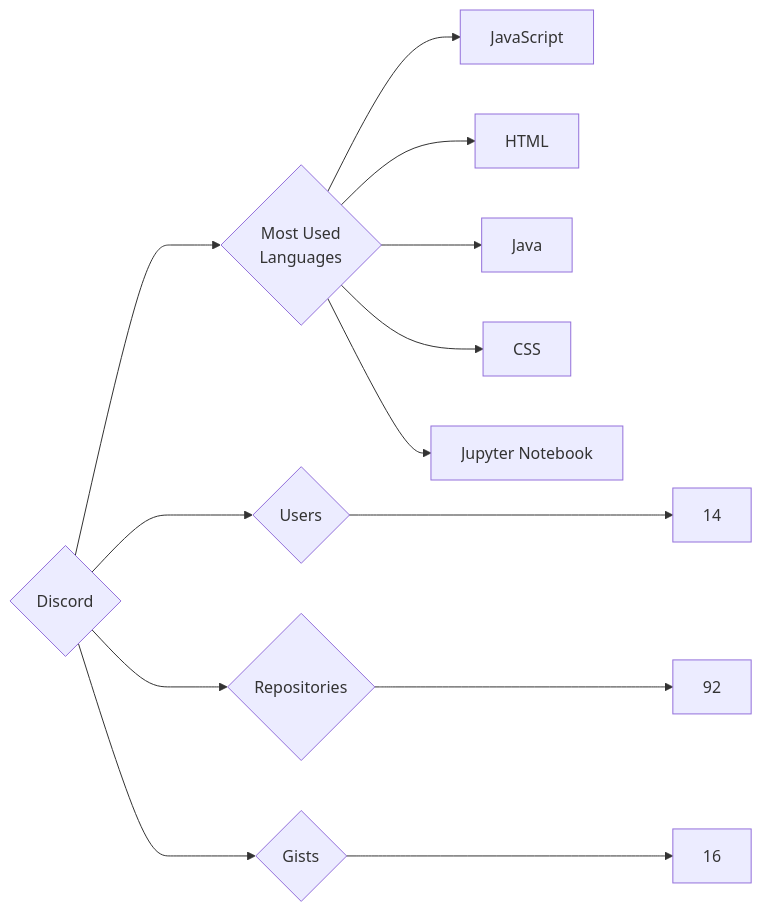
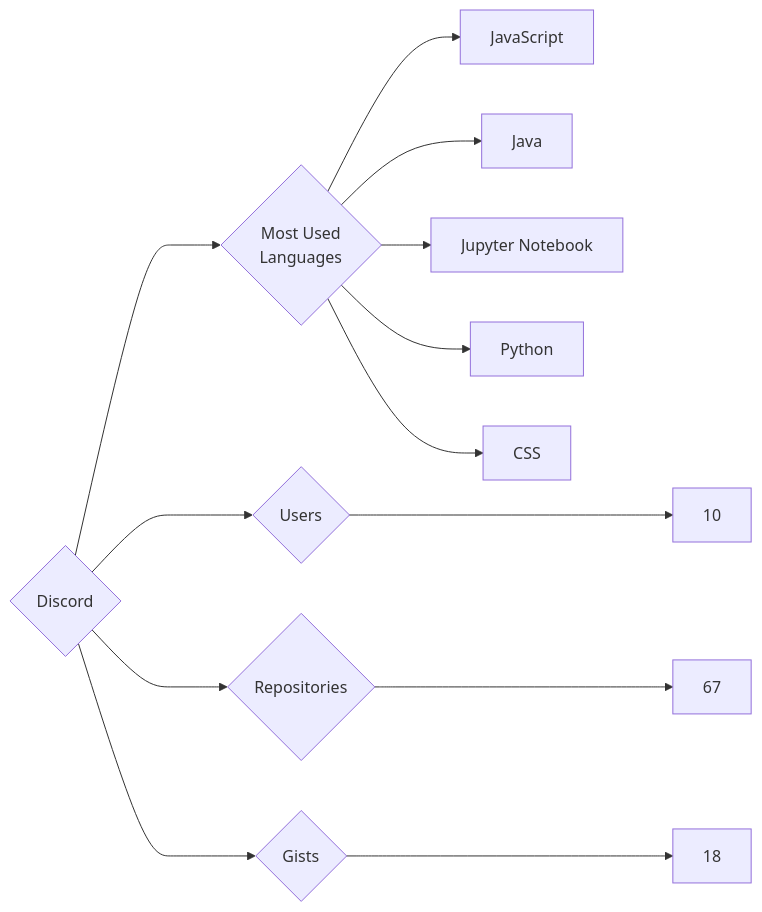
The diagram in targets/Discord/README.md (trickest/insiders), drawn with Mermaid before and after one commit. The commit also changed 1167 other files, not shown here.

````diff
--- a/targets/Discord/README.md
+++ b/targets/Discord/README.md
@@ -3,13 +3,13 @@
 ```mermaid
 graph LR
 COMPANY_NAME{Discord}
-COMPANY_NAME ---> U{Users} ---> UN[14]
-COMPANY_NAME ---> R{Repositories} ---> RN[92]
-COMPANY_NAME ---> G{Gists} ---> GN[16]
+COMPANY_NAME ---> U{Users} ---> UN[10]
+COMPANY_NAME ---> R{Repositories} ---> RN[67]
+COMPANY_NAME ---> G{Gists} ---> GN[18]
 COMPANY_NAME ---> ML{Most Used<br>Languages}
 ML --> JavaScript[JavaScript]
-ML --> HTML[HTML]
 ML --> Java[Java]
+ML --> Jupyter_Notebook[Jupyter Notebook]
+ML --> Python[Python]
 ML --> CSS[CSS]
-ML --> Jupyter_Notebook[Jupyter Notebook]
 ```
````
